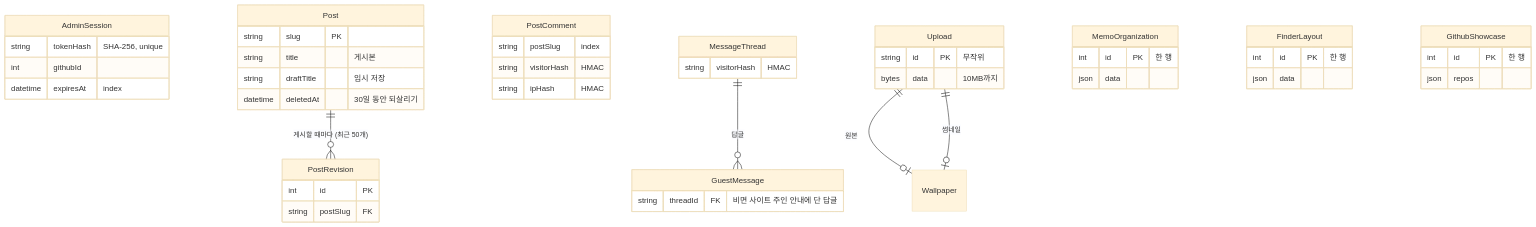
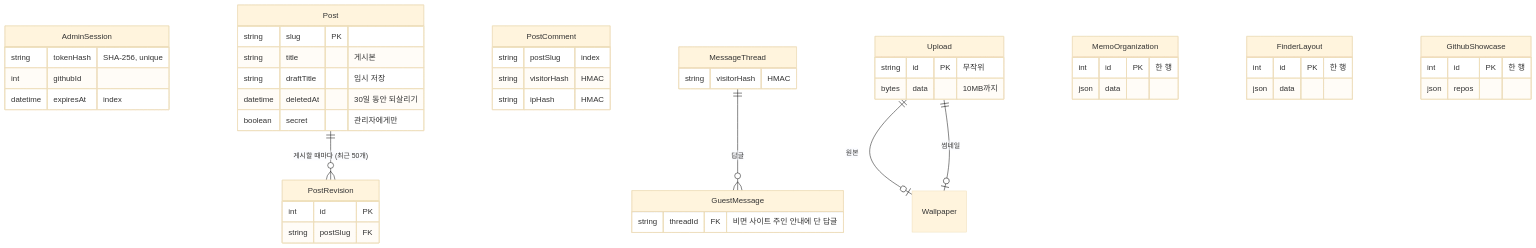
Before and after one commit to hyeoniverse/MacFolio: the third of 3 diagrams in docs/backend-design.md, drawn with Mermaid (base theme). The commit also changed other lines of this file and 28 other files, not shown here.

````diff
--- a/docs/backend-design.md
+++ b/docs/backend-design.md
@@ -123,49 +123,50 @@
 ```mermaid
 erDiagram
     AdminSession {
         string tokenHash "SHA-256, unique"
         int githubId
         datetime expiresAt "index"
     }
     Post ||--o{ PostRevision : "게시할 때마다 (최근 50개)"
     Post {
         string slug PK
         string title "게시본"
         string draftTitle "임시 저장"
         datetime deletedAt "30일 동안 되살리기"
+        boolean secret "관리자에게만"
     }
     PostRevision {
         int id PK
         string postSlug FK
     }
     PostComment {
         string postSlug "index"
         string visitorHash "HMAC"
         string ipHash "HMAC"
     }
     MessageThread ||--o{ GuestMessage : "답글"
     MessageThread {
         string visitorHash "HMAC"
     }
     GuestMessage {
         string threadId FK "비면 사이트 주인 안내에 단 답글"
     }
     Upload ||--o| Wallpaper : "원본"
     Upload ||--o| Wallpaper : "썸네일"
     Upload {
         string id PK "무작위"
         bytes data "10MB까지"
     }
     MemoOrganization {
         int id PK "한 행"
         json data
     }
     FinderLayout {
         int id PK "한 행"
         json data
     }
     GithubShowcase {
         int id PK "한 행"
         json repos
     }
 ```
````
